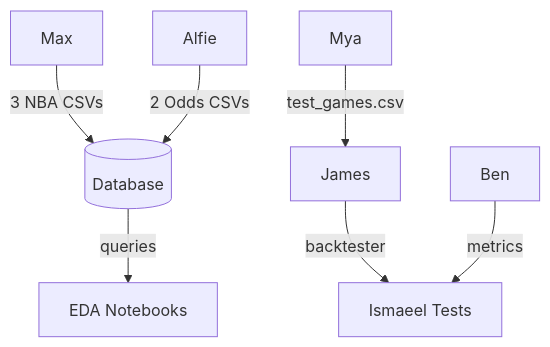
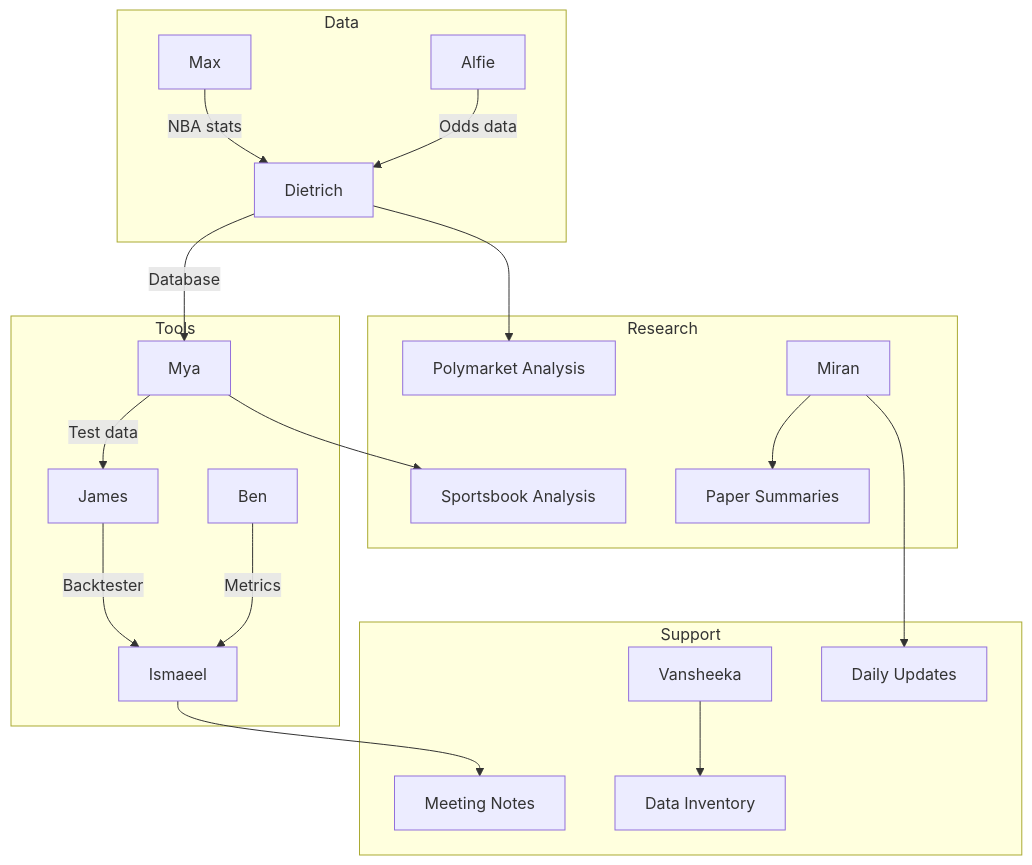
One commit to TanishqK27/CUIC_Sem2_Project changed the first of 5 diagrams in team/CURRENT_WEEK.md. Above: the diagram before and after it, drawn with Mermaid. The commit also changed other lines of this file, not shown here.

Commit message:
docs: include all team members in flowchart, remove acronyms
- All 9 active members now shown
- No abbreviations - full words throughout
- Grouped into Data, Tools, Research, Support
- Deadlines written as full sentences

````diff
--- a/team/CURRENT_WEEK.md
+++ b/team/CURRENT_WEEK.md
@@ -10,11 +10,26 @@
 ```mermaid
 flowchart TD
-    MAX[Max] -->|3 NBA CSVs| DB[(Database)]
-    ALFIE[Alfie] -->|2 Odds CSVs| DB
+    subgraph Data
+        Max -->|NBA stats| Dietrich
+        Alfie -->|Odds data| Dietrich
+    end
 
-    DB -->|queries| EDA[EDA Notebooks]
+    subgraph Tools
+        Mya -->|Test data| James
+        James -->|Backtester| Ismaeel
+        Ben -->|Metrics| Ismaeel
+    end
 
-    MYA[Mya] -->|test_games.csv| JAMES[James]
-    JAMES -->|backtester| TEST[Ismaeel Tests]
-    BEN[Ben] -->|metrics| TEST
+    subgraph Research
+        Dietrich -->|Database| Mya
+        Mya --> Analysis[Sportsbook Analysis]
+        Dietrich --> Polymarket[Polymarket Analysis]
+        Miran --> Papers[Paper Summaries]
+    end
+
+    subgraph Support
+        Vansheeka --> Inventory[Data Inventory]
+        Ismaeel --> Notes[Meeting Notes]
+        Miran --> Updates[Daily Updates]
+    end
 ```
````
